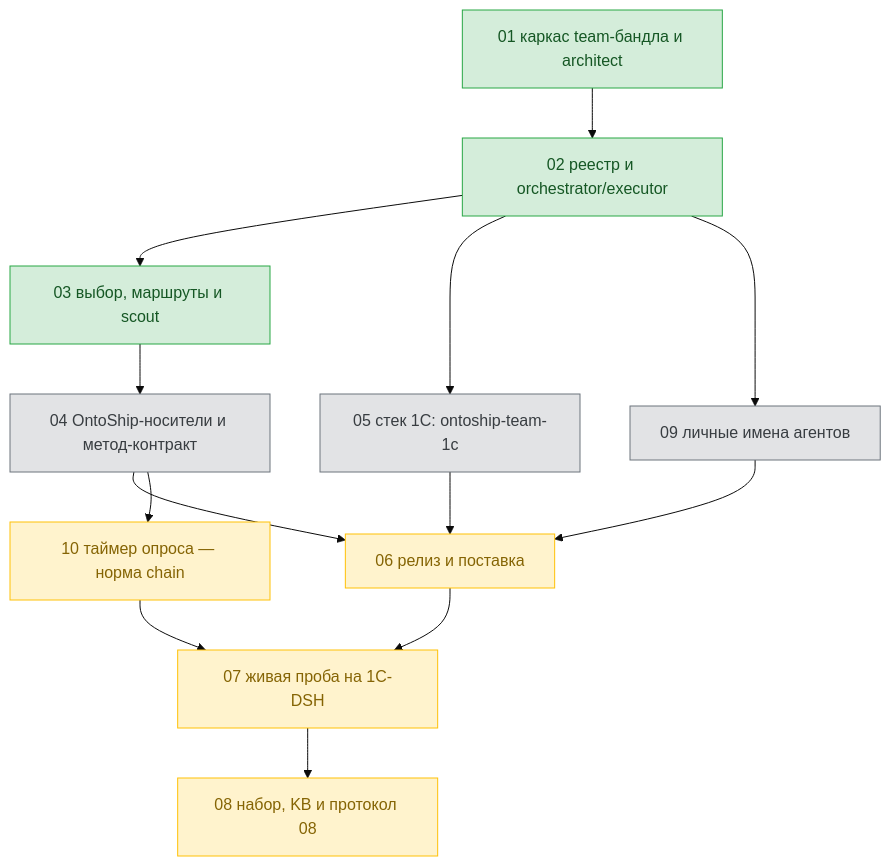
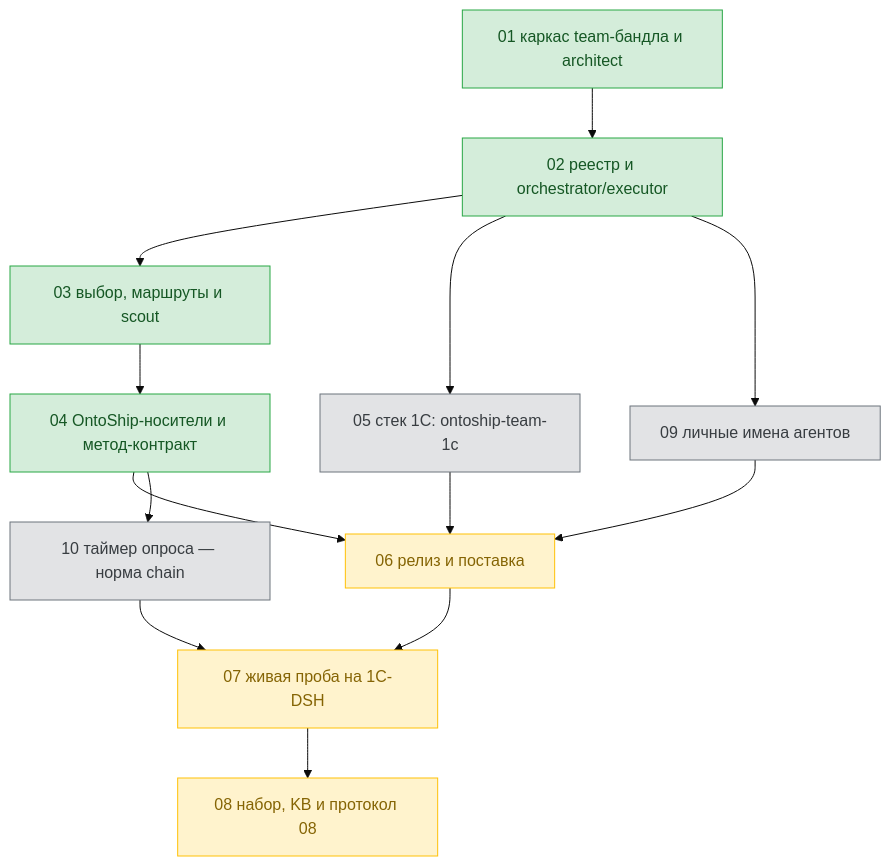
One commit to ntin60775/ontoship-ntin changed the diagram in tickets/team-profiles/dag.md. Above: the diagram before and after it, drawn with Mermaid (base theme). The commit also changed other lines of this file and 3 other files, not shown here.

````diff
--- a/tickets/team-profiles/dag.md
+++ b/tickets/team-profiles/dag.md
@@ -11,35 +11,35 @@
 ```mermaid
 flowchart TD
   T01["01 каркас team-бандла и architect"]
   T02["02 реестр и orchestrator/executor"]
   T03["03 выбор, маршруты и scout"]
   T04["04 OntoShip-носители и метод-контракт"]
   T05["05 стек 1C: ontoship-team-1c"]
   T06["06 релиз и поставка"]
   T07["07 живая проба на 1C-DSH"]
   T08["08 набор, KB и протокол 08"]
   T09["09 личные имена агентов"]
   T10["10 таймер опроса — норма chain"]
 
   T01 --> T02
   T02 --> T03
   T02 --> T05
   T02 --> T09
   T03 --> T04
   T04 --> T06
   T04 --> T10
   T05 --> T06
   T09 --> T06
   T06 --> T07
   T10 --> T07
   T07 --> T08
 
   classDef done fill:#d4edda,stroke:#28a745,color:#155724;
   classDef running fill:#cce5ff,stroke:#007bff,color:#004085;
   classDef pending fill:#e2e3e5,stroke:#6c757d,color:#383d41;
   classDef waiting fill:#fff3cd,stroke:#ffc107,color:#856404;
 
-  class T01,T02,T03 done;
-  class T04,T05,T09 pending;
-  class T06,T07,T08,T10 waiting;
+  class T01,T02,T03,T04 done;
+  class T05,T09,T10 pending;
+  class T06,T07,T08 waiting;
 ```
````
